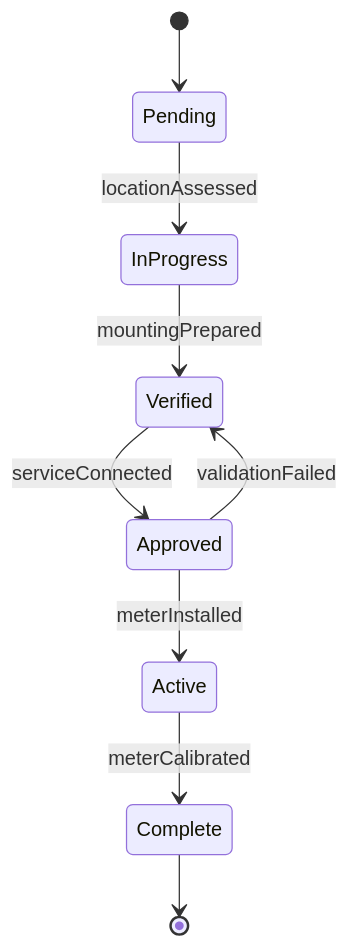
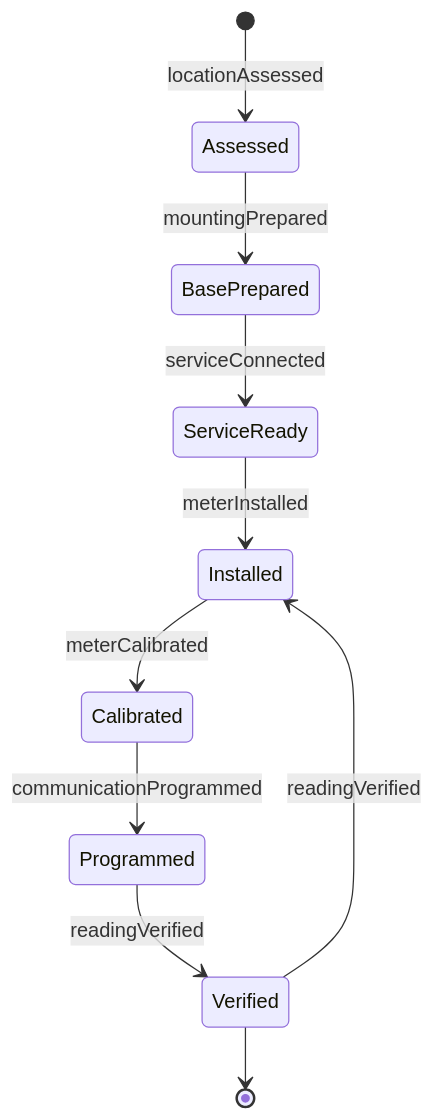
One commit to dot-org-ai/tasks.org.ai changed the second of 4 diagrams in HandlingAndMovingObjects/InstallCommercialOrProductionEquipment/InstallMeteringEquipment.mdx. Above: the diagram before and after it, drawn with Mermaid. The commit also changed other lines of this file and 515 other files, not shown here.

````diff
--- a/HandlingAndMovingObjects/InstallCommercialOrProductionEquipment/InstallMeteringEquipment.mdx
+++ b/HandlingAndMovingObjects/InstallCommercialOrProductionEquipment/InstallMeteringEquipment.mdx
@@ -100,11 +101,12 @@
 ```mermaid
 stateDiagram-v2
-    [*] --> Pending
-    Pending --> InProgress : locationAssessed
-    InProgress --> Verified : mountingPrepared
-    Verified --> Approved : serviceConnected
-    Approved --> Active : meterInstalled
-    Active --> Complete : meterCalibrated
-    Approved --> Verified : validationFailed
-    Complete --> [*]
+    [*] --> Assessed : locationAssessed
+    Assessed --> BasePrepared : mountingPrepared
+    BasePrepared --> ServiceReady : serviceConnected
+    ServiceReady --> Installed : meterInstalled
+    Installed --> Calibrated : meterCalibrated
+    Calibrated --> Programmed : communicationProgrammed
+    Programmed --> Verified : readingVerified
+    Verified --> Installed : readingVerified
+    Verified --> [*]
 ```
````
